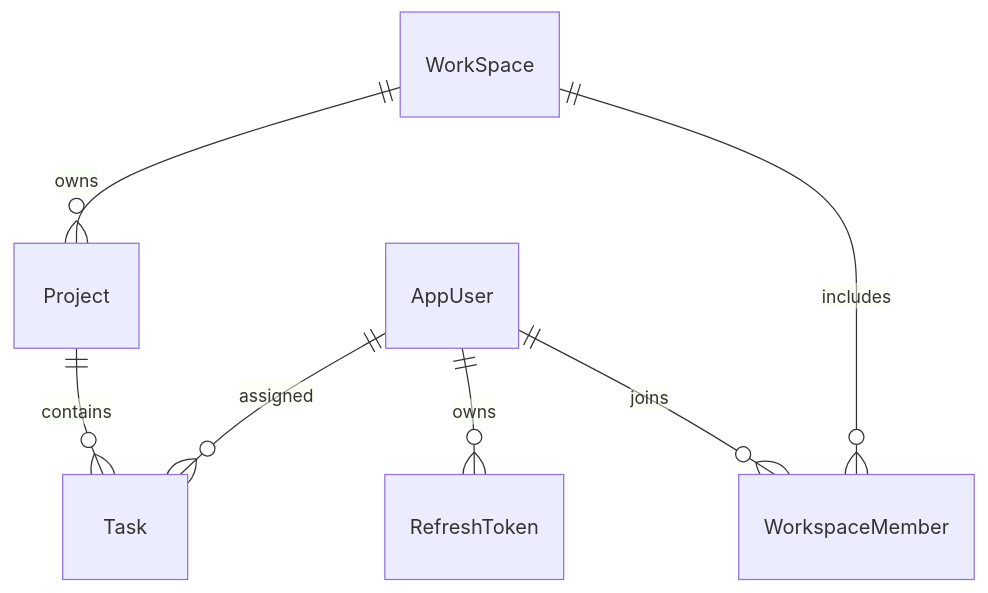
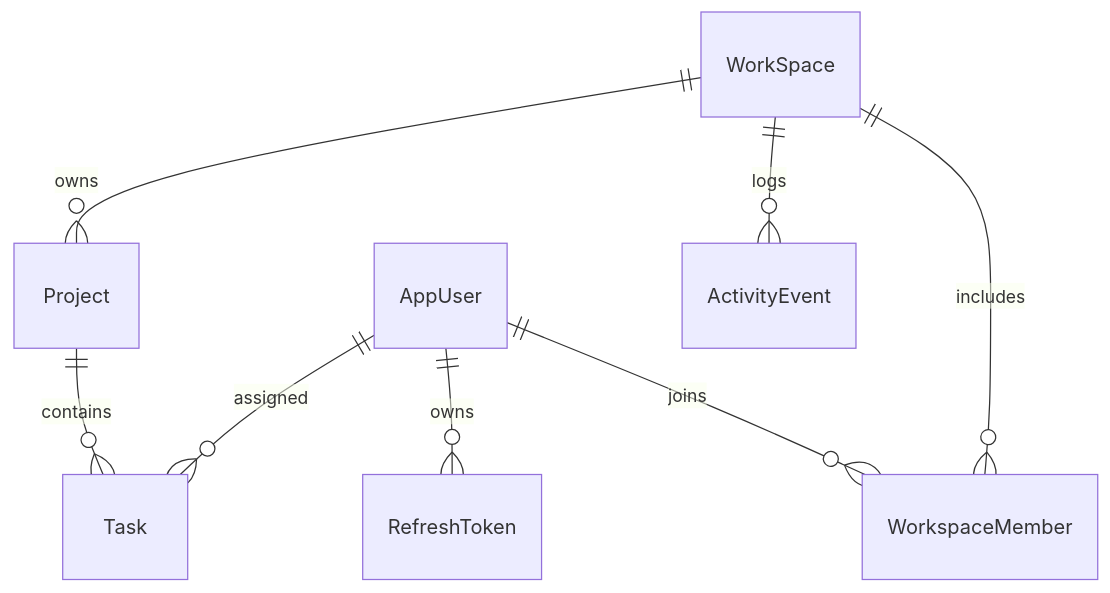
Before and after one commit to Clark605/ProjectHub: the second of 3 diagrams in docs/backend-architecture.md, drawn with Mermaid. The commit also changed other lines of this file and 10 other files, not shown here.

First line of the commit message:
docs: record ADRs 0010-0014 and update architecture specs for Phase 4.5

````diff
--- a/docs/backend-architecture.md
+++ b/docs/backend-architecture.md
@@ -66,9 +72,10 @@
 ```mermaid
 erDiagram
     AppUser ||--o{ RefreshToken : owns
     AppUser ||--o{ WorkspaceMember : joins
     WorkSpace ||--o{ WorkspaceMember : includes
     WorkSpace ||--o{ Project : owns
     Project ||--o{ Task : contains
     AppUser ||--o{ Task : assigned
+    WorkSpace ||--o{ ActivityEvent : logs
 ```
````
